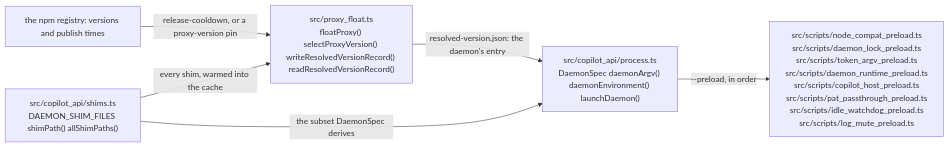
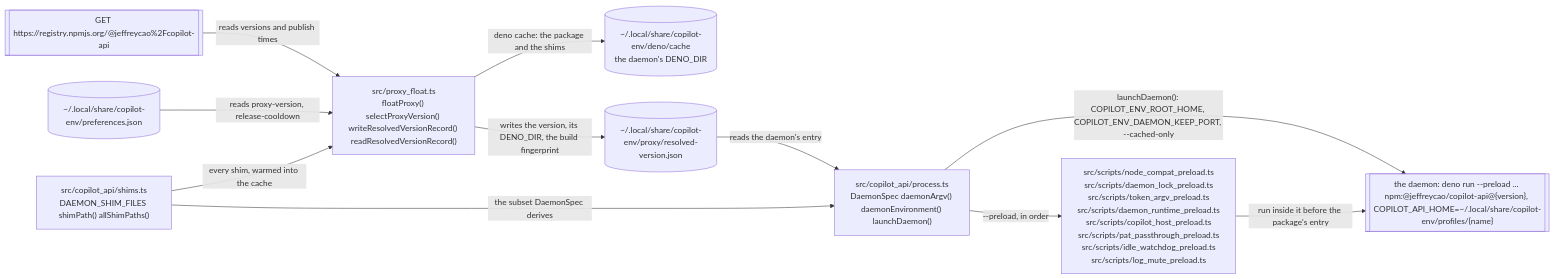
Before and after one commit to Vivswan/copilot-env: the fourth of 8 diagrams in docs/architecture.md, drawn with Mermaid. The commit also changed other lines of this file and 7 other files, not shown here.

Commit message:
docs: start every architecture diagram at what it reads and end at what it writes; group the site sidebar

````diff
--- a/docs/architecture.md
+++ b/docs/architecture.md
@@ -78,13 +114,22 @@
 ```mermaid
 flowchart LR
-  registry["the npm registry: versions and publish times"]
+  registry[["GET https://registry.npmjs.org/@jeffreycao%2Fcopilot-api"]]
+  prefs[("~/.local/share/copilot-env/preferences.json")]
   float["src/proxy_float.ts<br>floatProxy() selectProxyVersion() writeResolvedVersionRecord() readResolvedVersionRecord()"]
   shims["src/copilot_api/shims.ts<br>DAEMON_SHIM_FILES shimPath() allShimPaths()"]
   spawn["src/copilot_api/process.ts<br>DaemonSpec daemonArgv() daemonEnvironment() launchDaemon()"]
   preloads["src/scripts/node_compat_preload.ts<br>src/scripts/daemon_lock_preload.ts<br>src/scripts/token_argv_preload.ts<br>src/scripts/daemon_runtime_preload.ts<br>src/scripts/copilot_host_preload.ts<br>src/scripts/pat_passthrough_preload.ts<br>src/scripts/idle_watchdog_preload.ts<br>src/scripts/log_mute_preload.ts"]
-  registry -->|"release-cooldown, or a proxy-version pin"| float
+  cache[("~/.local/share/copilot-env/deno/cache<br>the daemon's DENO_DIR")]
+  record[("~/.local/share/copilot-env/proxy/resolved-version.json")]
+  daemonproc[["the daemon: deno run --preload ... npm:@jeffreycao/copilot-api@{version}, COPILOT_API_HOME=~/.local/share/copilot-env/profiles/{name}"]]
+  registry -->|"reads versions and publish times"| float
+  prefs -->|"reads proxy-version, release-cooldown"| float
   shims -->|"every shim, warmed into the cache"| float
-  float -->|"resolved-version.json: the daemon's entry"| spawn
+  float -->|"deno cache: the package and the shims"| cache
+  float -->|"writes the version, its DENO_DIR, the build fingerprint"| record
+  record -->|"reads the daemon's entry"| spawn
   shims -->|"the subset DaemonSpec derives"| spawn
   spawn -->|"--preload, in order"| preloads
+  spawn -->|"launchDaemon(): COPILOT_ENV_ROOT_HOME, COPILOT_ENV_DAEMON_KEEP_PORT, --cached-only"| daemonproc
+  preloads -->|"run inside it before the package's entry"| daemonproc
 ```
````
